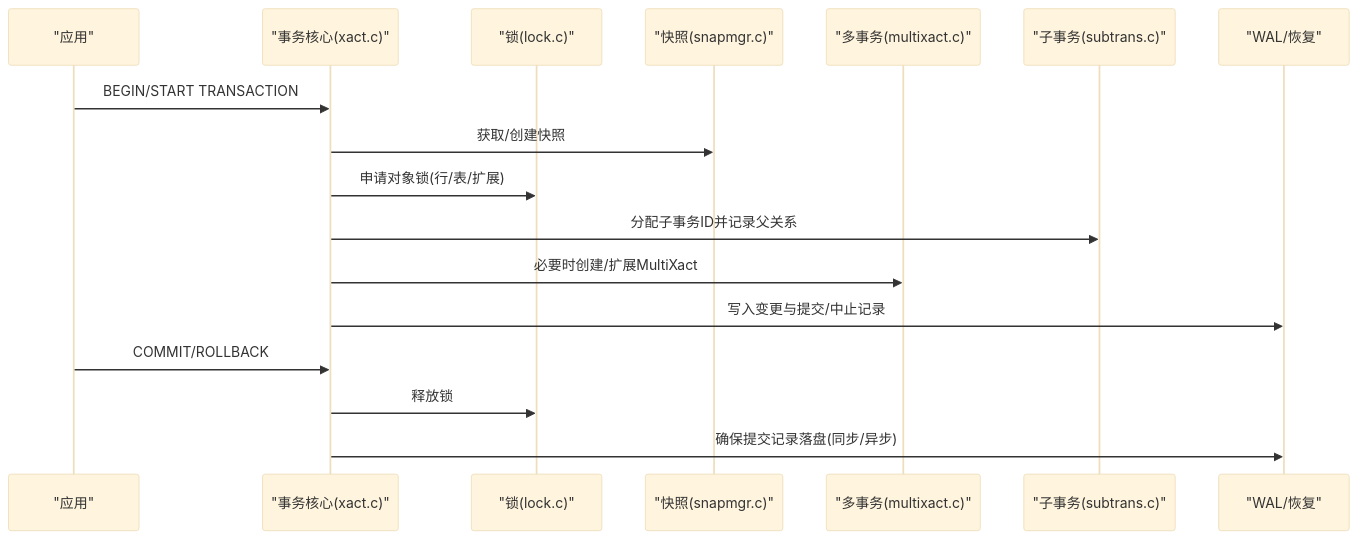
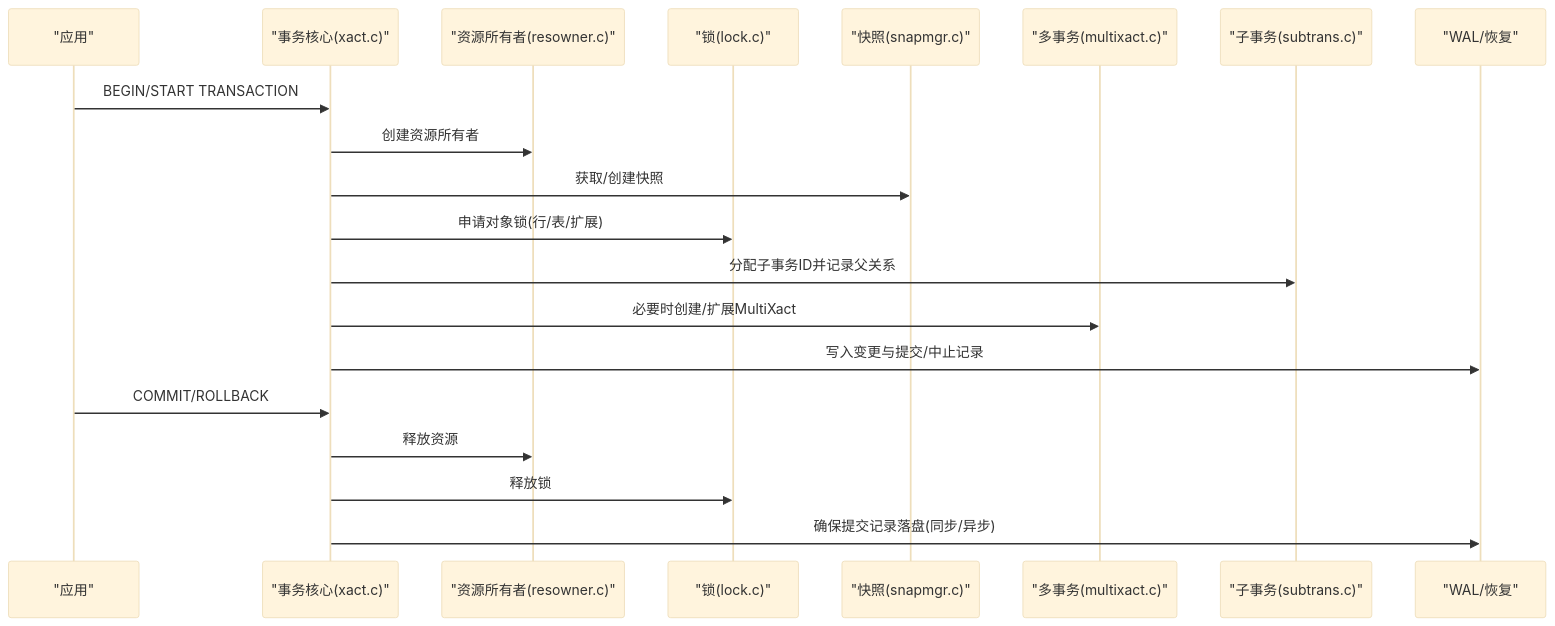
Before and after one commit to chirpyli/minipg: the second of 9 diagrams in .qoder/repowiki/zh/content/事务管理/事务管理.md, drawn with Mermaid (base theme). The commit also changed other lines of this file and 362 other files, not shown here.

````diff
--- a/.qoder/repowiki/zh/content/事务管理/事务管理.md
+++ b/.qoder/repowiki/zh/content/事务管理/事务管理.md
@@ -84,19 +103,22 @@
 ```mermaid
 sequenceDiagram
 participant App as "应用"
 participant Xact as "事务核心(xact.c)"
+participant ResOwner as "资源所有者(resowner.c)"
 participant Lock as "锁(lock.c)"
 participant Snap as "快照(snapmgr.c)"
 participant MX as "多事务(multixact.c)"
 participant ST as "子事务(subtrans.c)"
 participant WAL as "WAL/恢复"
 App->>Xact : BEGIN/START TRANSACTION
+Xact->>ResOwner : 创建资源所有者
 Xact->>Snap : 获取/创建快照
 Xact->>Lock : 申请对象锁(行/表/扩展)
 Xact->>ST : 分配子事务ID并记录父关系
 Xact->>MX : 必要时创建/扩展MultiXact
 Xact->>WAL : 写入变更与提交/中止记录
 App->>Xact : COMMIT/ROLLBACK
+Xact->>ResOwner : 释放资源
 Xact->>Lock : 释放锁
 Xact->>WAL : 确保提交记录落盘(同步/异步)
 ```
````
